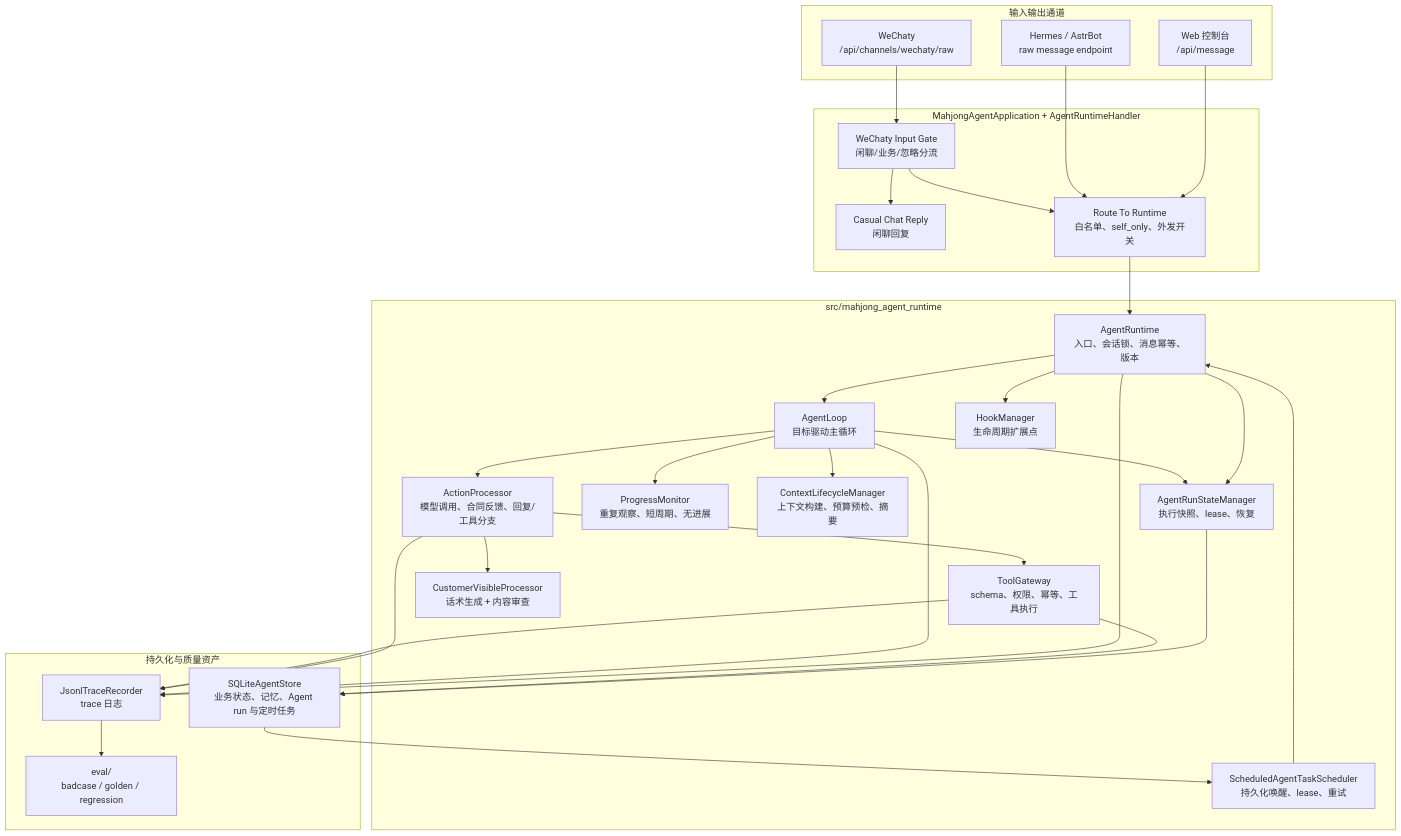
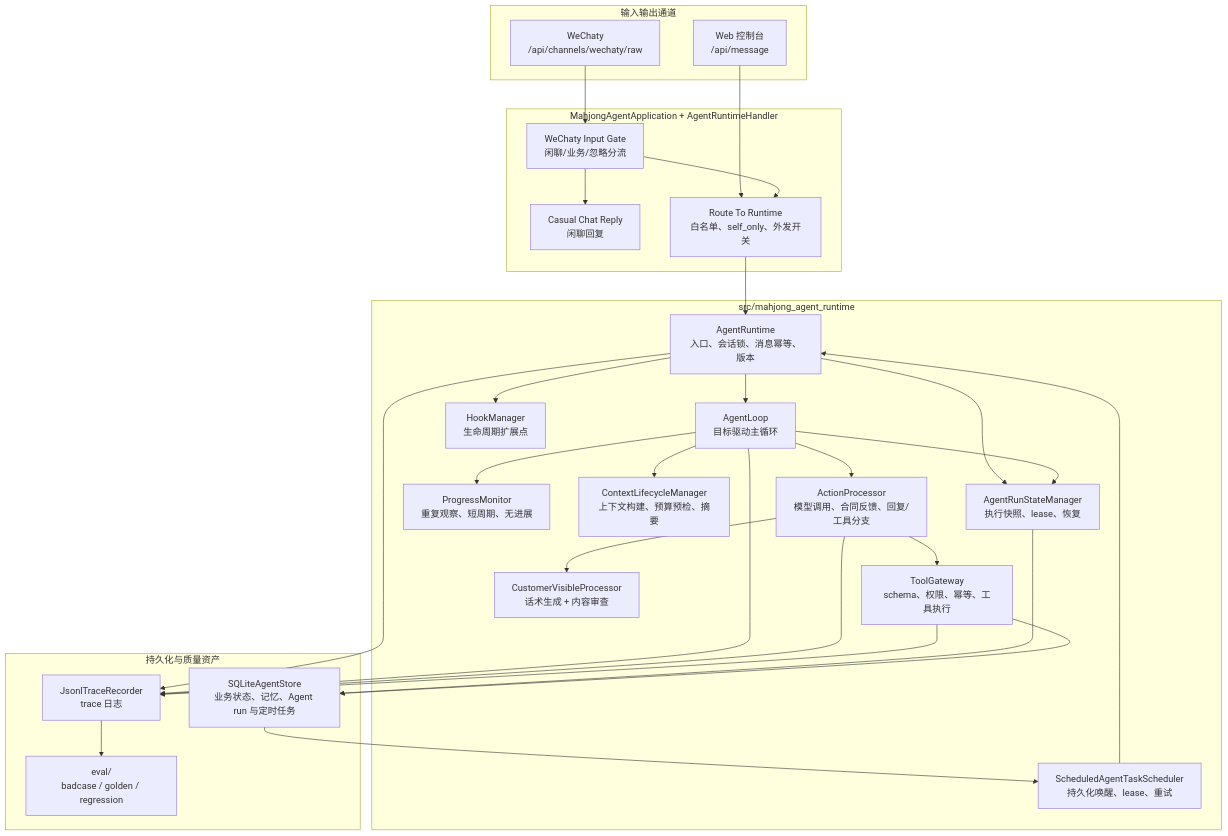
One commit to Schatt3n/mahjong-ops-agent changed the first of 5 diagrams in docs/runtime_loop_design.md. Above: the diagram before and after it, drawn with Mermaid. The commit also changed 185 other files, not shown here.

````diff
--- a/docs/runtime_loop_design.md
+++ b/docs/runtime_loop_design.md
@@ -25,58 +25,56 @@
 ```mermaid
 flowchart TB
   subgraph Channel["输入输出通道"]
     web["Web 控制台<br/>/api/message"]
     wechaty["WeChaty<br/>/api/channels/wechaty/raw"]
-    hermes["Hermes / AstrBot<br/>raw message endpoint"]
   end
 
   subgraph App["MahjongAgentApplication + AgentRuntimeHandler"]
     gate["WeChaty Input Gate<br/>闲聊/业务/忽略分流"]
     casual["Casual Chat Reply<br/>闲聊回复"]
     route["Route To Runtime<br/>白名单、self_only、外发开关"]
   end
 
   subgraph Runtime["src/mahjong_agent_runtime"]
     runtime["AgentRuntime<br/>入口、会话锁、消息幂等、版本"]
     loop["AgentLoop<br/>目标驱动主循环"]
     runstate["AgentRunStateManager<br/>执行快照、lease、恢复"]
     progress["ProgressMonitor<br/>重复观察、短周期、无进展"]
     lifecycle["ContextLifecycleManager<br/>上下文构建、预算预检、摘要"]
     processor["ActionProcessor<br/>模型调用、合同反馈、回复/工具分支"]
     gateway["ToolGateway<br/>schema、权限、幂等、工具执行"]
     visible["CustomerVisibleProcessor<br/>话术生成 + 内容审查"]
     hooks["HookManager<br/>生命周期扩展点"]
     scheduler["ScheduledAgentTaskScheduler<br/>持久化唤醒、lease、重试"]
   end
 
   subgraph Storage["持久化与质量资产"]
     sqlite["SQLiteAgentStore<br/>业务状态、记忆、Agent run 与定时任务"]
     trace["JsonlTraceRecorder<br/>trace 日志"]
     evals["eval/<br/>badcase / golden / regression"]
   end
 
   web --> route
   wechaty --> gate
-  hermes --> route
   gate --> casual
   gate --> route
   route --> runtime
   runtime --> loop
   runtime --> runstate
   loop --> runstate
   runstate --> sqlite
   loop --> progress
   loop --> lifecycle
   loop --> processor
   processor --> visible
   processor --> gateway
   gateway --> sqlite
   runtime --> trace
   loop --> trace
   processor --> trace
   gateway --> trace
   trace --> evals
   runtime --> hooks
   sqlite --> scheduler
   scheduler --> runtime
 ```
````
